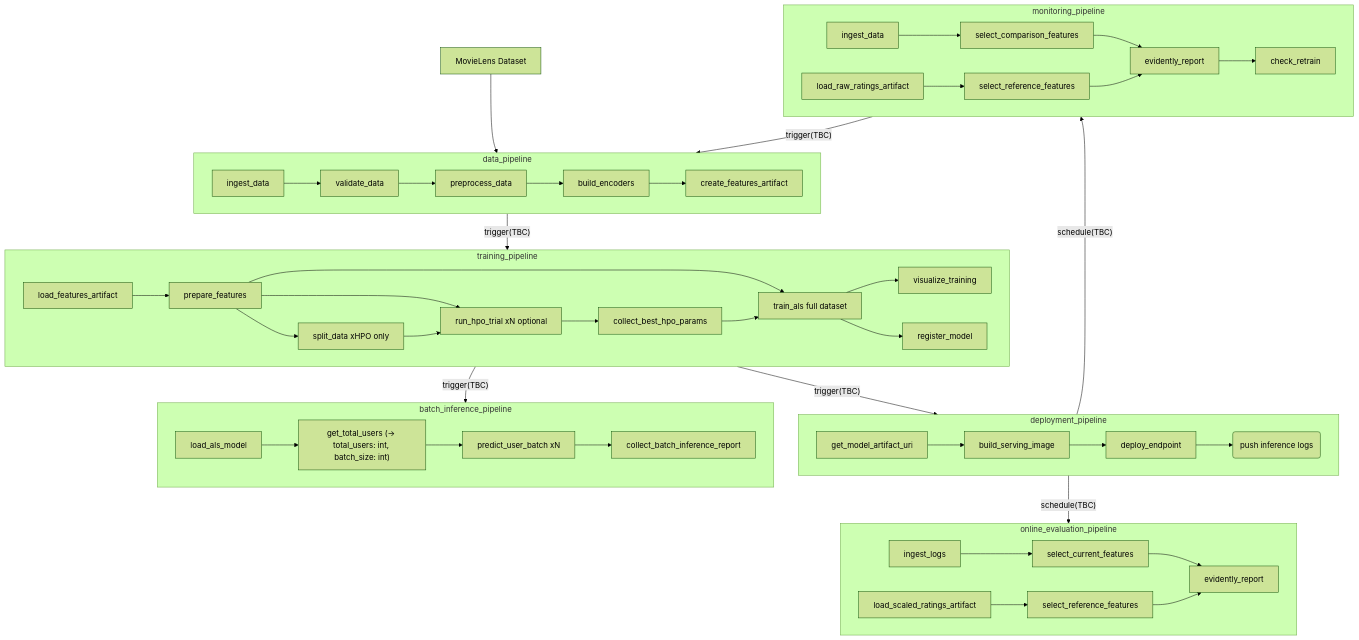
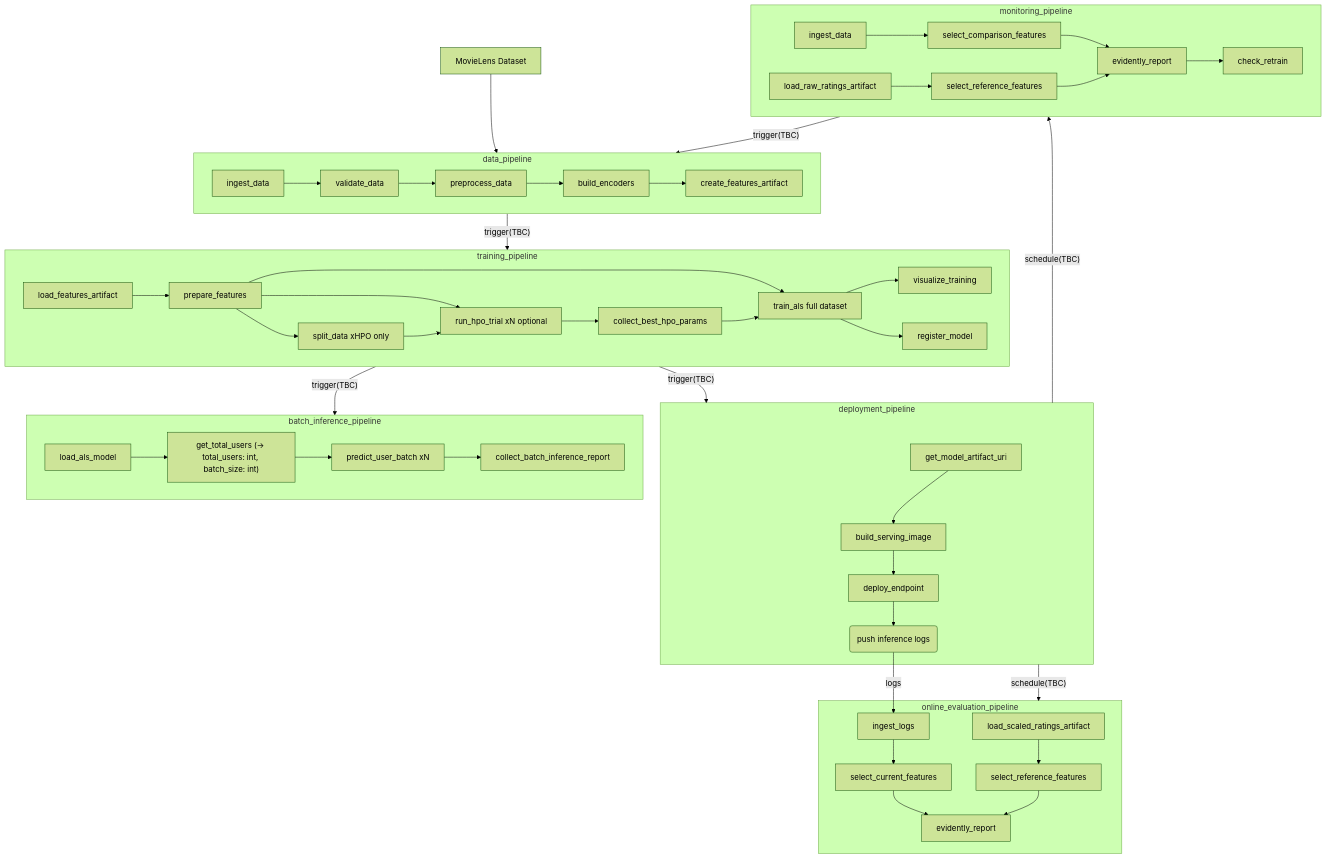
One commit to sagadana/zenml-mlops changed the diagram in .agents/specs/wf_matrix_factorization.md. Above: the diagram before and after it, drawn with Mermaid (forest theme). The commit also changed 1 other file, not shown here.

Commit message:
update arch diagram

````diff
--- a/.agents/specs/wf_matrix_factorization.md
+++ b/.agents/specs/wf_matrix_factorization.md
@@ -19,50 +19,51 @@
 ```mermaid
 graph TD
 
     subgraph D[data_pipeline]
         D1[ingest_data] --> D2[validate_data] --> D2a[preprocess_data] --> D3[build_encoders] --> D4[create_features_artifact]
     end
 
     subgraph T[training_pipeline]
         T0[load_features_artifact] --> T1[prepare_features]
         T1 --> T5[run_hpo_trial xN optional]
         T1 --> T4[split_data xHPO only]
         T4 --> T5
         T5 --> T6[collect_best_hpo_params]
         T1 --> T7[train_als full dataset]
         T6 --> T7
         T7 --> T8[visualize_training]
         T7 --> T11[register_model]
     end
 
     subgraph BI[batch_inference_pipeline]
         S1[load_als_model] --> S1a["get_total_users (→ total_users: int, batch_size: int)"]
         S1a --> S2[predict_user_batch xN] --> S3[collect_batch_inference_report]
     end
 
     subgraph DP[deployment_pipeline]
         S4[get_model_artifact_uri] --> S5[build_serving_image] --> S6[deploy_endpoint] --> S6-a(push inference logs)
     end
 
     subgraph M[monitoring_pipeline]
         M1[load_raw_ratings_artifact] --> M1a[select_reference_features]
         M2[ingest_data] --> M2a[select_comparison_features] --> M3[evidently_report]
         M1a --> M3
         M3 --> M5[check_retrain]
     end
 
     subgraph OE[online_evaluation_pipeline]
         OE1[load_scaled_ratings_artifact] --> OE1a[select_reference_features]
         OE2[ingest_logs] --> OE2a[select_current_features] --> OE3[evidently_report]
         OE1a --> OE3
     end
 
     A[MovieLens Dataset] --> D
     D -->|"trigger(TBC)"| T
     T -->|"trigger(TBC)"| BI
     T -->|"trigger(TBC)"| DP
     DP -->|"schedule(TBC)"| M
     DP -->|"schedule(TBC)"| OE
+    S6-a -->|logs| OE2
     M -->|"trigger(TBC)"| D
 
 ```
````
